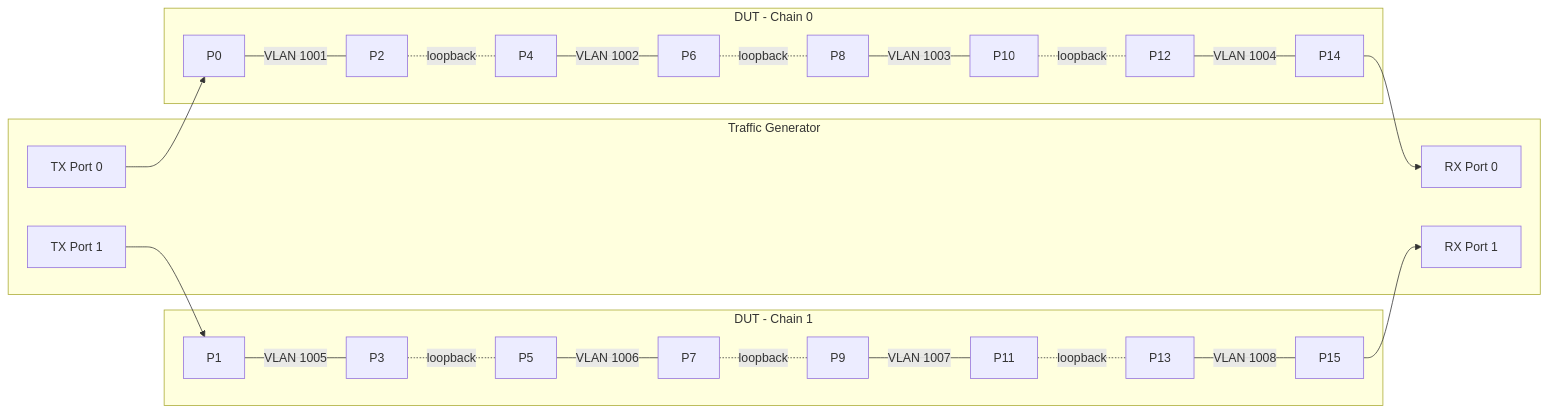
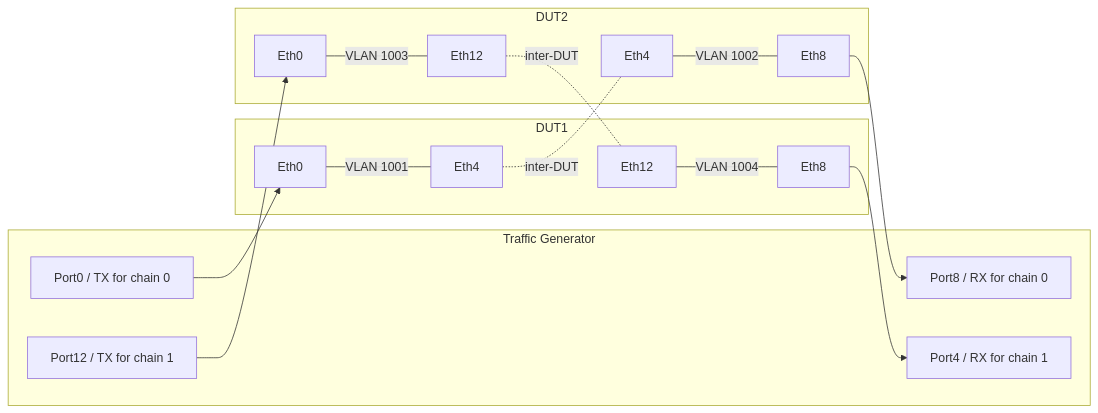
Before and after one commit to sonic-net/sonic-mgmt: the second of 2 diagrams in docs/testbed/README.testbed.NUT.L2Snake.md, drawn with Mermaid. The commit also changed other lines of this file and 6 other files, not shown here.

````diff
--- a/docs/testbed/README.testbed.NUT.L2Snake.md
+++ b/docs/testbed/README.testbed.NUT.L2Snake.md
@@ -33,35 +81,35 @@
 ```mermaid
 graph LR
-    subgraph "Traffic Generator"
-        TX0[TX Port 0]
-        TX1[TX Port 1]
-        RX0[RX Port 0]
-        RX1[RX Port 1]
+    subgraph TG[Traffic Generator]
+        T0[Port0 / TX for chain 0]
+        T1[Port4 / RX for chain 1]
+        T2[Port8 / RX for chain 0]
+        T3[Port12 / TX for chain 1]
     end
 
-    subgraph "DUT - Chain 0"
-        P0[P0] --- |VLAN 1001| P2[P2]
-        P4[P4] --- |VLAN 1002| P6[P6]
-        P8[P8] --- |VLAN 1003| P10[P10]
-        P12[P12] --- |VLAN 1004| P14[P14]
+    subgraph D1[DUT1]
+        D1E0[Eth0]
+        D1E4[Eth4]
+        D1E8[Eth8]
+        D1E12[Eth12]
     end
 
-    subgraph "DUT - Chain 1"
-        P1[P1] --- |VLAN 1005| P3[P3]
-        P5[P5] --- |VLAN 1006| P7[P7]
-        P9[P9] --- |VLAN 1007| P11[P11]
-        P13[P13] --- |VLAN 1008| P15[P15]
+    subgraph D2[DUT2]
+        D2E0[Eth0]
+        D2E4[Eth4]
+        D2E8[Eth8]
+        D2E12[Eth12]
     end
 
-    TX0 --> P0
-    P2 -.loopback.- P4
-    P6 -.loopback.- P8
-    P10 -.loopback.- P12
-    P14 --> RX0
+    T0 --> D1E0
+    D1E0 ---|VLAN 1001| D1E4
+    D1E4 -. inter-DUT .- D2E4
+    D2E4 ---|VLAN 1002| D2E8
+    D2E8 --> T2
 
-    TX1 --> P1
-    P3 -.loopback.- P5
-    P7 -.loopback.- P9
-    P11 -.loopback.- P13
-    P15 --> RX1
+    T3 --> D2E0
+    D2E0 ---|VLAN 1003| D2E12
+    D2E12 -. inter-DUT .- D1E12
+    D1E12 ---|VLAN 1004| D1E8
+    D1E8 --> T1
 ```
````
